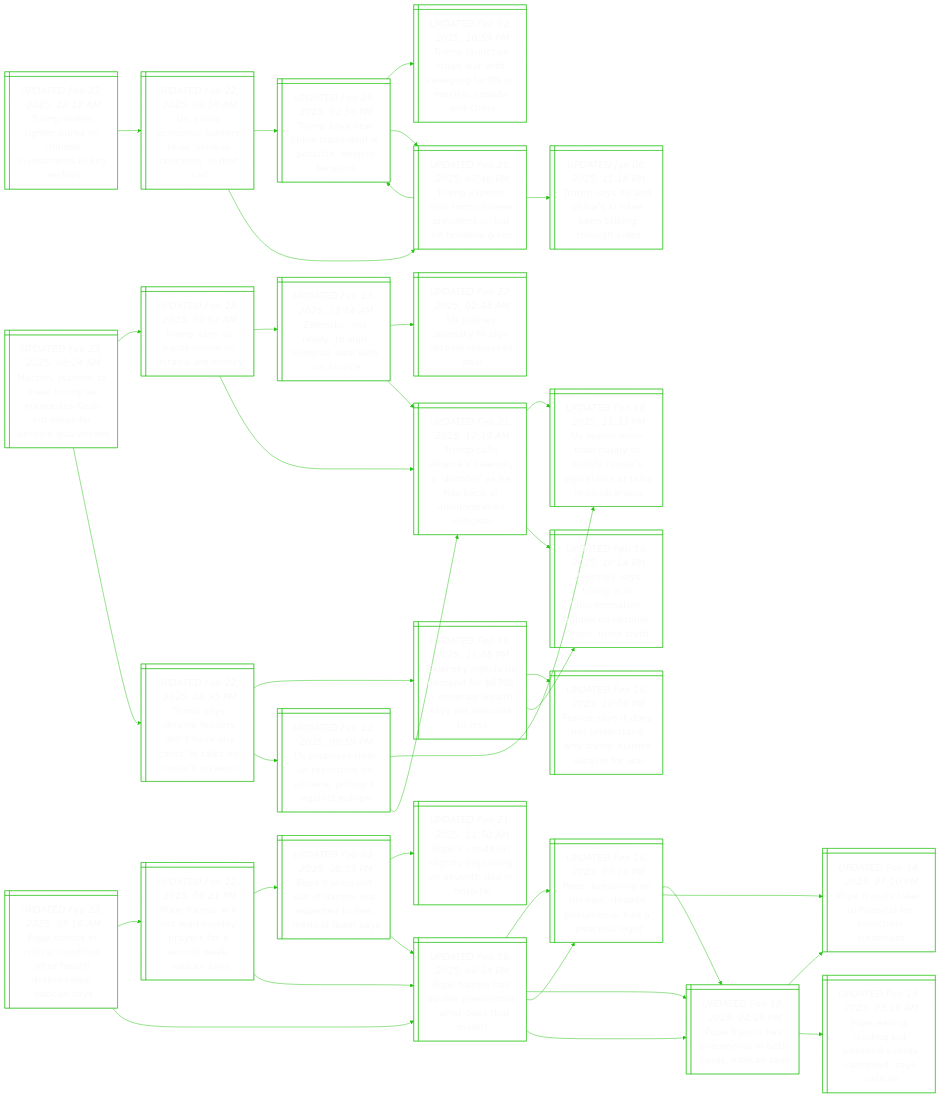
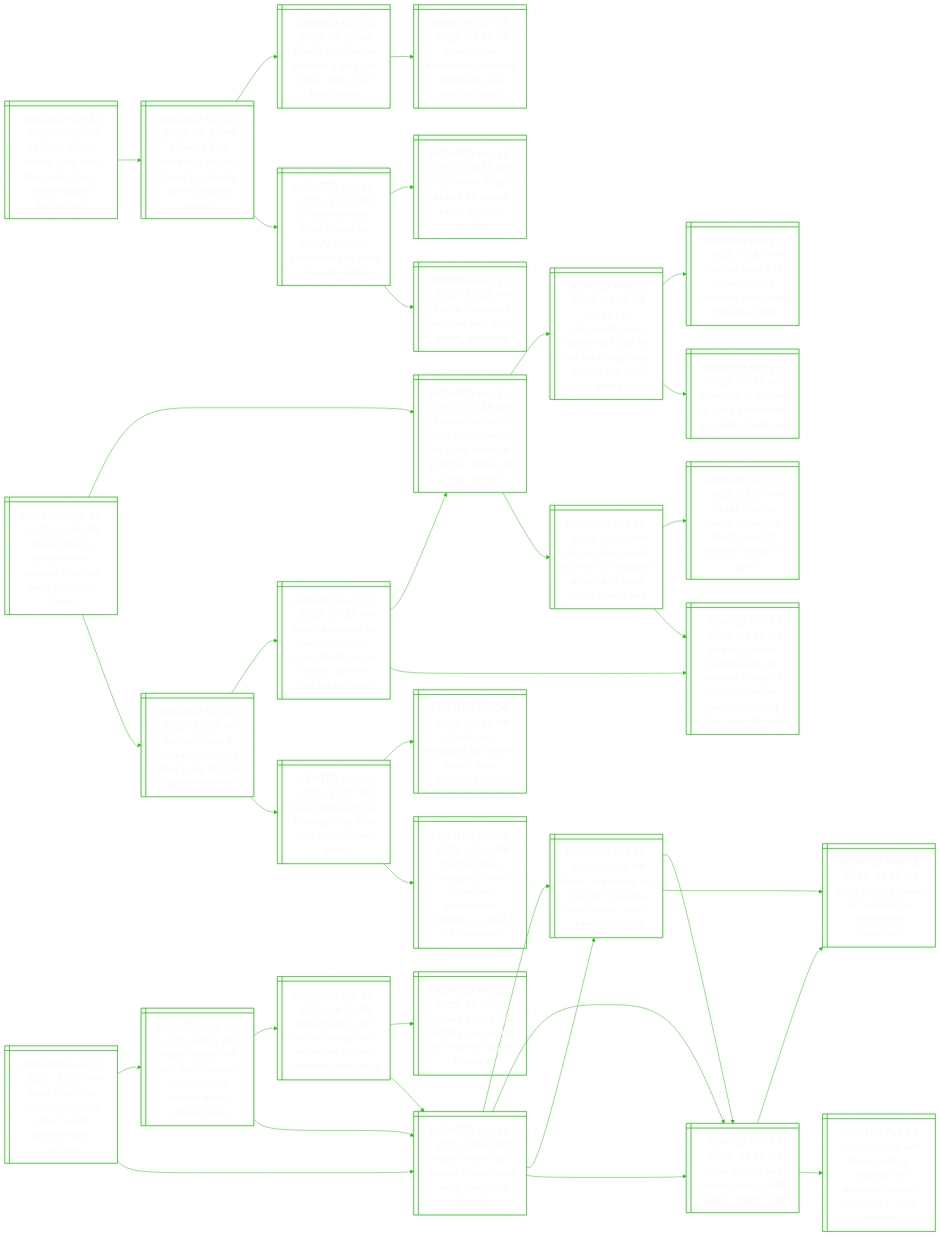
The diagram in README.md (notJmes/notJmes), drawn with Mermaid before and after one commit. The commit also changed other lines of this file, not shown here.

````diff
--- a/README.md
+++ b/README.md
@@ -16,33 +16,30 @@
 flowchart LR
 classDef txtsize font-size:20px;
 
-TostrCsenkc@{ shape: win-pane, label: "_UPDATED Feb 23, 2025, 12:12 AM_
-Trump orders tighter curbs on chinese investments in key sectors" }
-Unnlrsionia@{ shape: win-pane, label: "_UPDATED Feb 22, 2025, 09:59 AM_
-Us, china economic leaders raise ‘serious concerns’ in first call" }
-Tsendlseins@{ shape: win-pane, label: "_UPDATED Feb 20, 2025, 02:56 PM_
-Trump says new china trade deal is ‘possible’ despite tensions" }
-Tlharsiroinnn@{ shape: win-pane, label: "_UPDATED Feb 02, 2025, 10:59 PM_
-Trump launches trade war with sweeping tariffs on mexico, canada and china" }
-Tetimeenuine@{ shape: win-pane, label: "_UPDATED Feb 20, 2025, 07:40 PM_
-Trump expects visit from chinese president xi, but no timeline given" }
-Tetimeenuine@{ shape: win-pane, label: "_UPDATED Feb 20, 2025, 07:40 PM_
-Trump expects visit from chinese president xi, but no timeline given" }
-TsehXetnoi@{ shape: win-pane, label: "_UPDATED Jan 06, 2025, 11:18 PM_
-Trump says he and china’s xi have been talking through aides" }
-Tsendlseins@{ shape: win-pane, label: "_UPDATED Feb 20, 2025, 02:56 PM_
-Trump says new china trade deal is ‘possible’ despite tensions" }
+DsTgoacteini@{ shape: win-pane, label: "_UPDATED Feb 23, 2025, 10:10 AM_
+‘daddy’s home’: trump gets rock star welcome at conservative convention" }
+Tsthaoonrrg@{ shape: win-pane, label: "_UPDATED Feb 20, 2025, 05:32 PM_
+Trump’s first month: is he any closer to making america great again?" }
+Tsoeralcfre@{ shape: win-pane, label: "_UPDATED Feb 19, 2025, 09:20 AM_
+Trump signs order exploring ways to lower cost of ivf treatments" }
+Tuxiwrtnons@{ shape: win-pane, label: "_UPDATED Jan 25, 2025, 03:57 PM_
+Trump uses executive power to reinstate anti-abortion pacts" }
+Umehtiusrnanii@{ shape: win-pane, label: "_UPDATED Feb 19, 2025, 11:33 PM_
+Us seems more than happy to satisfy russia’s aspirations at talks in saudi arabia" }
+Usreptwua@{ shape: win-pane, label: "_UPDATED Feb 19, 2025, 06:15 PM_
+Us, russia forge ahead on peace talks, without ukraine" }
+Tdskeitly@{ shape: win-pane, label: "_UPDATED Feb 13, 2025, 11:02 AM_
+Trump discusses ukraine war with putin, zelensky" }
 
-TostrCsenkc:::txtsize --> Unnlrsionia:::txtsize
-Unnlrsionia:::txtsize --> Tsendlseins:::txtsize
-Tsendlseins:::txtsize --> Tlharsiroinnn:::txtsize
-Tsendlseins:::txtsize --> Tetimeenuine:::txtsize
-Unnlrsionia:::txtsize --> Tetimeenuine:::txtsize
-Tetimeenuine:::txtsize --> TsehXetnoi:::txtsize
-Tetimeenuine:::txtsize --> Tsendlseins:::txtsize
+DsTgoacteini:::txtsize --> Tsthaoonrrg:::txtsize
+Tsthaoonrrg:::txtsize --> Tsoeralcfre:::txtsize
+Tsoeralcfre:::txtsize --> Tuxiwrtnons:::txtsize
+Tsthaoonrrg:::txtsize --> Umehtiusrnanii:::txtsize
+Umehtiusrnanii:::txtsize --> Usreptwua:::txtsize
+Umehtiusrnanii:::txtsize --> Tdskeitly:::txtsize
 
-Prsiliahhrtts@{ shape: win-pane, label: "_UPDATED Feb 23, 2025, 05:16 AM_
-Pope francis in critical condition after health deteriorates, vatican says" }
+Prsiliahhrtt@{ shape: win-pane, label: "_UPDATED Feb 23, 2025, 11:57 AM_
+Pope francis in critical condition after health deteriorates: vatican" }
 Prsnadafewan@{ shape: win-pane, label: "_UPDATED Feb 22, 2025, 09:21 PM_
 Pope francis will not lead sunday prayers for a second week, vatican says" }
 Prsuabpdviey@{ shape: win-pane, label: "_UPDATED Feb 22, 2025, 06:53 PM_
@@ -72,14 +69,14 @@
 Parnwnnnesc@{ shape: win-pane, label: "_UPDATED Feb 19, 2025, 03:26 AM_
 Pope eating, reading but weekend events cancelled, says vatican" }
 
-Prsiliahhrtts:::txtsize --> Prsnadafewan:::txtsize
+Prsiliahhrtt:::txtsize --> Prsnadafewan:::txtsize
 Prsnadafewan:::txtsize --> Prsuabpdviey:::txtsize
 Prsuabpdviey:::txtsize --> Pctllrgvdht:::txtsize
 Prsuabpdviey:::txtsize --> Prsopohet:::txtsize
 Prsnadafewan:::txtsize --> Prsopohet:::txtsize
 Prsopohet:::txtsize --> Prihnieiaei:::txtsize
 Prsopohet:::txtsize --> Prsnnbuan:::txtsize
-Prsiliahhrtts:::txtsize --> Prsopohet:::txtsize
+Prsiliahhrtt:::txtsize --> Prsopohet:::txtsize
 Prsopohet:::txtsize --> Prihnieiaei:::txtsize
 Prihnieiaei:::txtsize --> Prsnnbuan:::txtsize
 Prihnieiaei:::txtsize --> Prsnslrire:::txtsize
@@ -87,50 +84,50 @@
 Prsnnbuan:::txtsize --> Prsnslrire:::txtsize
 Prsnnbuan:::txtsize --> Parnwnnnesc:::txtsize
 
-Mnmmrspfoeriae@{ shape: win-pane, label: "_UPDATED Feb 23, 2025, 08:24 AM_
-Macron, starmer to meet trump as europeans flesh out ideas for ukraine guarantees" }
-TsSsrkeo@{ shape: win-pane, label: "_UPDATED Feb 23, 2025, 07:07 AM_
-Trump says us wants return on ukraine aid money" }
-ZstygediSe@{ shape: win-pane, label: "_UPDATED Feb 23, 2025, 12:14 AM_
-Zelensky ‘not ready’ to sign minerals deal with us: source" }
-Uhlygaeca@{ shape: win-pane, label: "_UPDATED Feb 22, 2025, 02:44 AM_
-Us pushes zelensky to sign ukraine resources deal" }
-TcUnlytaicioiis@{ shape: win-pane, label: "_UPDATED Feb 21, 2025, 12:19 AM_
-Trump calls ukraine’s zelensky a ‘dictator’ as he hits back at ‘disinformation’ criticism" }
-TcUnlytaicioiis@{ shape: win-pane, label: "_UPDATED Feb 21, 2025, 12:19 AM_
-Trump calls ukraine’s zelensky a ‘dictator’ as he hits back at ‘disinformation’ criticism" }
-Umehtiusrnanii@{ shape: win-pane, label: "_UPDATED Feb 19, 2025, 11:33 PM_
-Us seems more than happy to satisfy russia’s aspirations at talks in saudi arabia" }
-Zsymnnaberumr@{ shape: win-pane, label: "_UPDATED Feb 19, 2025, 10:14 PM_
-Zelensky says trump is in ‘disinformation’ bubble on ukraine, urges ‘more truth’" }
-Tskeeneanssii@{ shape: win-pane, label: "_UPDATED Feb 22, 2025, 08:35 PM_
-Trump says ukraine leaders ‘don’t have any cards’ in talks on russia’s invasion" }
-ZsjUarillyate@{ shape: win-pane, label: "_UPDATED Feb 19, 2025, 11:05 PM_
-Zelensky rejects us demand for $670b in minerals wealth, says aid amounts to less" }
-Feisnthmmrfr@{ shape: win-pane, label: "_UPDATED Feb 19, 2025, 10:06 PM_
-France says it does not understand why trump blames ukraine for war" }
-Zsymnnaberumr@{ shape: win-pane, label: "_UPDATED Feb 19, 2025, 10:14 PM_
-Zelensky says trump is in ‘disinformation’ bubble on ukraine, urges ‘more truth’" }
-UprUookeiaso@{ shape: win-pane, label: "_UPDATED Feb 22, 2025, 09:59 PM_
-Us proposes rival un resolution on ukraine, pitting it against europe" }
-Umehtiusrnanii@{ shape: win-pane, label: "_UPDATED Feb 19, 2025, 11:33 PM_
-Us seems more than happy to satisfy russia’s aspirations at talks in saudi arabia" }
-TcUnlytaicioiis@{ shape: win-pane, label: "_UPDATED Feb 21, 2025, 12:19 AM_
-Trump calls ukraine’s zelensky a ‘dictator’ as he hits back at ‘disinformation’ criticism" }
+Ilyeieerassd@{ shape: win-pane, label: "_UPDATED Feb 23, 2025, 10:38 AM_
+Israel delays palestinians’ release after six gaza hostages freed" }
+Fyihieshgsseod@{ shape: win-pane, label: "_UPDATED Feb 22, 2025, 02:38 PM_
+Family confirms shiri bibas’ death as gaza hostage-prisoner swop set to go ahead" }
+Ileayalornohgra@{ shape: win-pane, label: "_UPDATED Feb 21, 2025, 04:20 PM_
+Israeli pm netanyahu says hamas will pay for not returning body of hostage shiri bibas" }
+Hstvggirvsb@{ shape: win-pane, label: "_UPDATED Feb 21, 2025, 10:45 PM_
+Hamas says it is investigating possible error over hostage body" }
+Pibszotgha@{ shape: win-pane, label: "_UPDATED Feb 21, 2025, 09:37 AM_
+Parading of bodies in gaza abhorrent, un rights chief says" }
+Hseoasscauao@{ shape: win-pane, label: "_UPDATED Feb 20, 2025, 01:50 AM_
+Hamas says ready to free all hostages at once in gaza truce phase two" }
+Ilshedoooia@{ shape: win-pane, label: "_UPDATED Jan 16, 2025, 05:35 PM_
+Israel, hamas reach ceasefire deal to end 15 months of war in gaza" }
+IlggtooaGeiaodanr@{ shape: win-pane, label: "_UPDATED Feb 19, 2025, 08:31 PM_
+Israel to begin negotiations on second phase of gaza ceasefire deal in coming days, says minister" }
+HfhgGfoSBrn@{ shape: win-pane, label: "_UPDATED Feb 22, 2025, 11:01 PM_
+Hamas frees 6 hostages in gaza after body of shiri bibas returned" }
+IlaoiraaslfSBd@{ shape: win-pane, label: "_UPDATED Feb 22, 2025, 07:42 PM_
+Israel prepares to receive 6 more gaza hostages as family confirms shiri bibas’ death" }
+Fyihieshgsseod@{ shape: win-pane, label: "_UPDATED Feb 22, 2025, 02:38 PM_
+Family confirms shiri bibas’ death as gaza hostage-prisoner swop set to go ahead" }
+IlggtooaGeiaodanr@{ shape: win-pane, label: "_UPDATED Feb 19, 2025, 08:31 PM_
+Israel to begin negotiations on second phase of gaza ceasefire deal in coming days, says minister" }
+Ilseitrspno@{ shape: win-pane, label: "_UPDATED Jan 20, 2025, 11:57 PM_
+Israel-hamas truce holding after first hostage-prisoner swop" }
+Csegrshhgt@{ shape: win-pane, label: "_UPDATED Jan 20, 2025, 04:31 PM_
+Cheers and weeping as israelis watch gaza hostages return" }
+Hfhgreeeiiraei@{ shape: win-pane, label: "_UPDATED Jan 20, 2025, 02:03 PM_
+Hamas frees hostages, israel releases palestinian prisoners on day 1 of ceasefire" }
 
-Mnmmrspfoeriae:::txtsize --> TsSsrkeo:::txtsize
-TsSsrkeo:::txtsize --> ZstygediSe:::txtsize
-ZstygediSe:::txtsize --> Uhlygaeca:::txtsize
-ZstygediSe:::txtsize --> TcUnlytaicioiis:::txtsize
-TsSsrkeo:::txtsize --> TcUnlytaicioiis:::txtsize
-TcUnlytaicioiis:::txtsize --> Umehtiusrnanii:::txtsize
-TcUnlytaicioiis:::txtsize --> Zsymnnaberumr:::txtsize
-Mnmmrspfoeriae:::txtsize --> Tskeeneanssii:::txtsize
-Tskeeneanssii:::txtsize --> ZsjUarillyate:::txtsize
-ZsjUarillyate:::txtsize --> Feisnthmmrfr:::txtsize
-ZsjUarillyate:::txtsize --> Zsymnnaberumr:::txtsize
-Tskeeneanssii:::txtsize --> UprUookeiaso:::txtsize
-UprUookeiaso:::txtsize --> Umehtiusrnanii:::txtsize
-UprUookeiaso:::txtsize --> TcUnlytaicioiis:::txtsize
+Ilyeieerassd:::txtsize --> Fyihieshgsseod:::txtsize
+Fyihieshgsseod:::txtsize --> Ileayalornohgra:::txtsize
+Ileayalornohgra:::txtsize --> Hstvggirvsb:::txtsize
+Ileayalornohgra:::txtsize --> Pibszotgha:::txtsize
+Fyihieshgsseod:::txtsize --> Hseoasscauao:::txtsize
+Hseoasscauao:::txtsize --> Ilshedoooia:::txtsize
+Hseoasscauao:::txtsize --> IlggtooaGeiaodanr:::txtsize
+Ilyeieerassd:::txtsize --> HfhgGfoSBrn:::txtsize
+HfhgGfoSBrn:::txtsize --> IlaoiraaslfSBd:::txtsize
+IlaoiraaslfSBd:::txtsize --> Fyihieshgsseod:::txtsize
+IlaoiraaslfSBd:::txtsize --> IlggtooaGeiaodanr:::txtsize
+HfhgGfoSBrn:::txtsize --> Ilseitrspno:::txtsize
+Ilseitrspno:::txtsize --> Csegrshhgt:::txtsize
+Ilseitrspno:::txtsize --> Hfhgreeeiiraei:::txtsize
 
 ```
````
